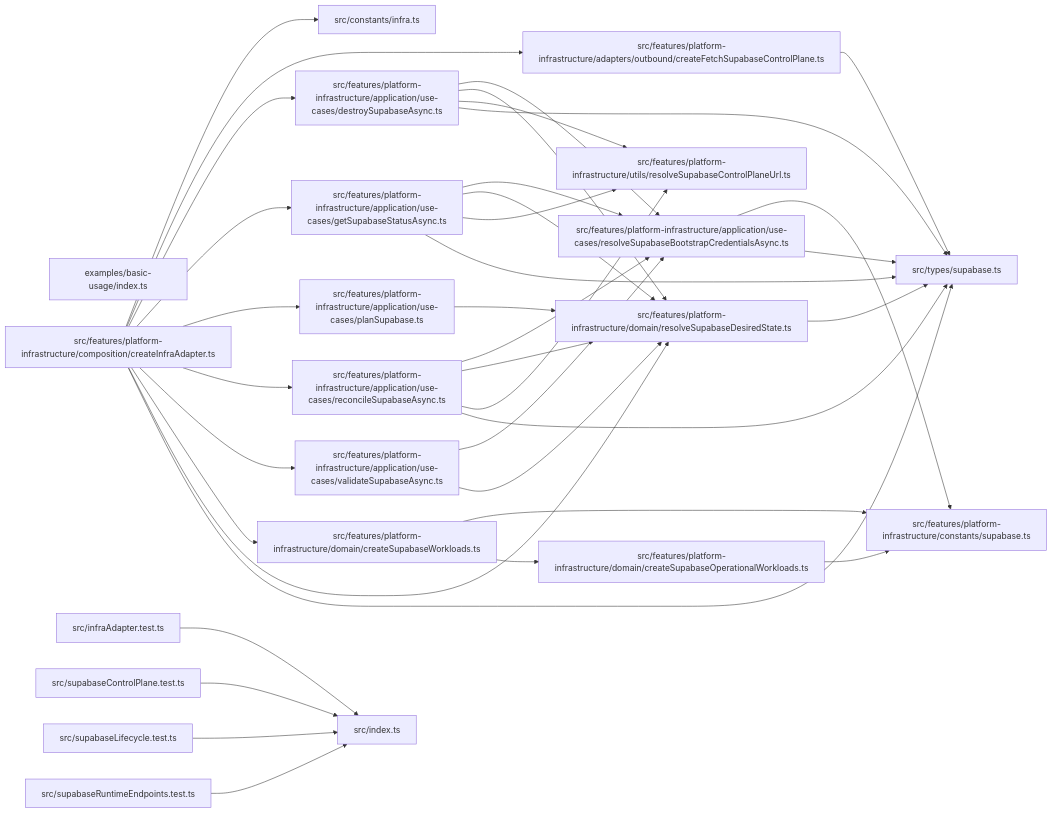
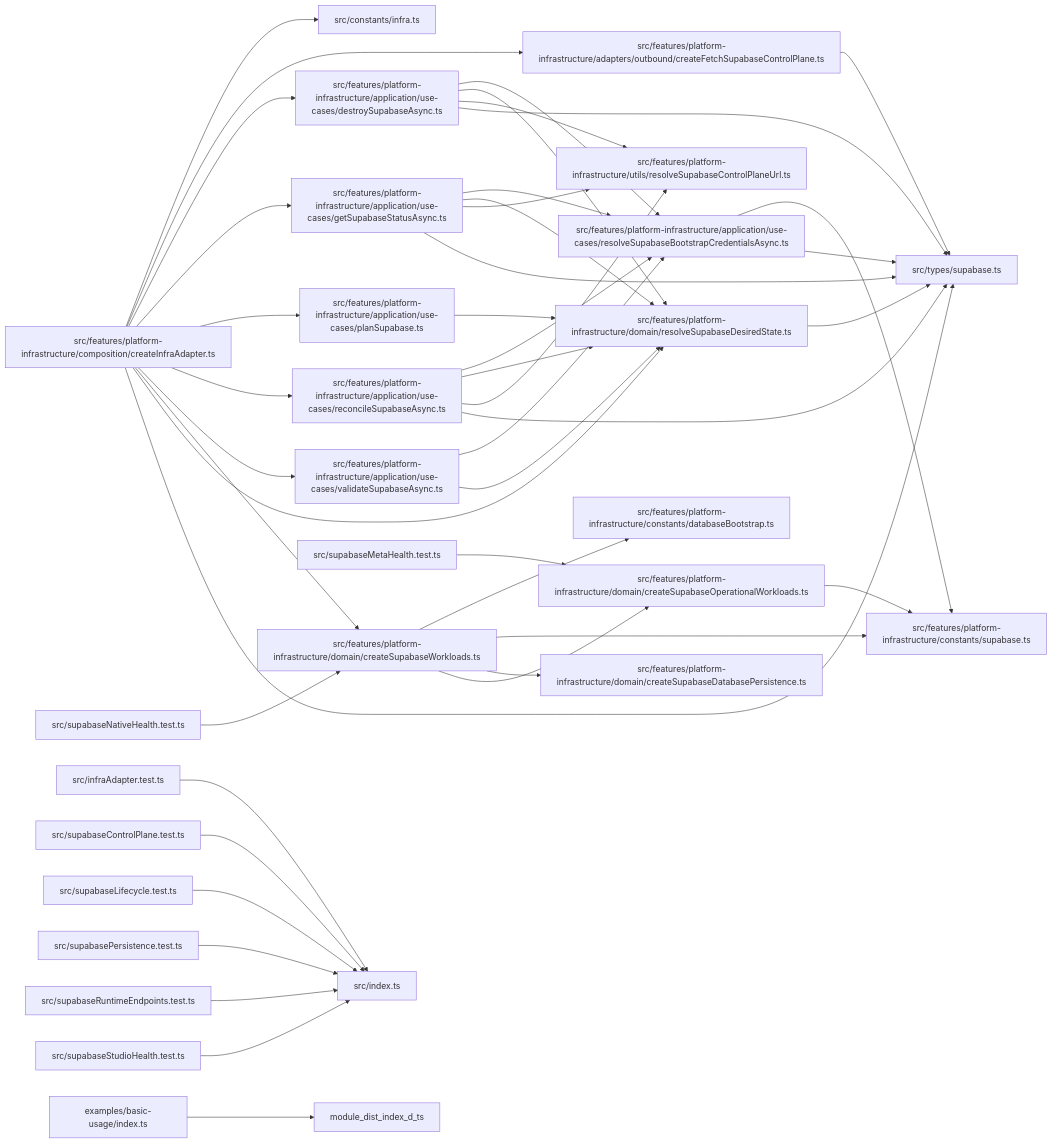
The diagram in paradox/diagrams/module-relationships.mmd (ankhorage/supabase), drawn with Mermaid before and after one commit. The commit also changed 11 other files, not shown here.

```diff
--- a/paradox/diagrams/module-relationships.mmd
+++ b/paradox/diagrams/module-relationships.mmd
@@ -1,58 +1,71 @@
 graph LR
   module_examples_basic_usage_index_ts["examples/basic-usage/index.ts"]
   module_src_constants_infra_ts["src/constants/infra.ts"]
   module_src_features_platform_infrastructure_adapters_outbound_createFetchSupabaseControlPlane_ts["src/features/platform-infrastructure/adapters/outbound/createFetchSupabaseControlPlane.ts"]
   module_src_features_platform_infrastructure_application_use_cases_destroySupabaseAsync_ts["src/features/platform-infrastructure/application/use-cases/destroySupabaseAsync.ts"]
   module_src_features_platform_infrastructure_application_use_cases_getSupabaseStatusAsync_ts["src/features/platform-infrastructure/application/use-cases/getSupabaseStatusAsync.ts"]
   module_src_features_platform_infrastructure_application_use_cases_planSupabase_ts["src/features/platform-infrastructure/application/use-cases/planSupabase.ts"]
   module_src_features_platform_infrastructure_application_use_cases_reconcileSupabaseAsync_ts["src/features/platform-infrastructure/application/use-cases/reconcileSupabaseAsync.ts"]
   module_src_features_platform_infrastructure_application_use_cases_resolveSupabaseBootstrapCredentialsAsync_ts["src/features/platform-infrastructure/application/use-cases/resolveSupabaseBootstrapCredentialsAsync.ts"]
   module_src_features_platform_infrastructure_application_use_cases_validateSupabaseAsync_ts["src/features/platform-infrastructure/application/use-cases/validateSupabaseAsync.ts"]
   module_src_features_platform_infrastructure_composition_createInfraAdapter_ts["src/features/platform-infrastructure/composition/createInfraAdapter.ts"]
+  module_src_features_platform_infrastructure_constants_databaseBootstrap_ts["src/features/platform-infrastructure/constants/databaseBootstrap.ts"]
   module_src_features_platform_infrastructure_constants_supabase_ts["src/features/platform-infrastructure/constants/supabase.ts"]
+  module_src_features_platform_infrastructure_domain_createSupabaseDatabasePersistence_ts["src/features/platform-infrastructure/domain/createSupabaseDatabasePersistence.ts"]
   module_src_features_platform_infrastructure_domain_createSupabaseOperationalWorkloads_ts["src/features/platform-infrastructure/domain/createSupabaseOperationalWorkloads.ts"]
   module_src_features_platform_infrastructure_domain_createSupabaseWorkloads_ts["src/features/platform-infrastructure/domain/createSupabaseWorkloads.ts"]
   module_src_features_platform_infrastructure_domain_resolveSupabaseDesiredState_ts["src/features/platform-infrastructure/domain/resolveSupabaseDesiredState.ts"]
   module_src_features_platform_infrastructure_utils_resolveSupabaseControlPlaneUrl_ts["src/features/platform-infrastructure/utils/resolveSupabaseControlPlaneUrl.ts"]
   module_src_index_ts["src/index.ts"]
   module_src_infraAdapter_test_ts["src/infraAdapter.test.ts"]
   module_src_supabaseControlPlane_test_ts["src/supabaseControlPlane.test.ts"]
   module_src_supabaseLifecycle_test_ts["src/supabaseLifecycle.test.ts"]
+  module_src_supabaseMetaHealth_test_ts["src/supabaseMetaHealth.test.ts"]
+  module_src_supabaseNativeHealth_test_ts["src/supabaseNativeHealth.test.ts"]
+  module_src_supabasePersistence_test_ts["src/supabasePersistence.test.ts"]
   module_src_supabaseRuntimeEndpoints_test_ts["src/supabaseRuntimeEndpoints.test.ts"]
+  module_src_supabaseStudioHealth_test_ts["src/supabaseStudioHealth.test.ts"]
   module_src_types_supabase_ts["src/types/supabase.ts"]
+  module_examples_basic_usage_index_ts --> module_dist_index_d_ts
   module_src_features_platform_infrastructure_adapters_outbound_createFetchSupabaseControlPlane_ts --> module_src_types_supabase_ts
   module_src_features_platform_infrastructure_application_use_cases_destroySupabaseAsync_ts --> module_src_features_platform_infrastructure_application_use_cases_resolveSupabaseBootstrapCredentialsAsync_ts
   module_src_features_platform_infrastructure_application_use_cases_destroySupabaseAsync_ts --> module_src_features_platform_infrastructure_domain_resolveSupabaseDesiredState_ts
   module_src_features_platform_infrastructure_application_use_cases_destroySupabaseAsync_ts --> module_src_features_platform_infrastructure_utils_resolveSupabaseControlPlaneUrl_ts
   module_src_features_platform_infrastructure_application_use_cases_destroySupabaseAsync_ts --> module_src_types_supabase_ts
   module_src_features_platform_infrastructure_application_use_cases_getSupabaseStatusAsync_ts --> module_src_features_platform_infrastructure_application_use_cases_resolveSupabaseBootstrapCredentialsAsync_ts
   module_src_features_platform_infrastructure_application_use_cases_getSupabaseStatusAsync_ts --> module_src_features_platform_infrastructure_domain_resolveSupabaseDesiredState_ts
   module_src_features_platform_infrastructure_application_use_cases_getSupabaseStatusAsync_ts --> module_src_features_platform_infrastructure_utils_resolveSupabaseControlPlaneUrl_ts
   module_src_features_platform_infrastructure_application_use_cases_getSupabaseStatusAsync_ts --> module_src_types_supabase_ts
   module_src_features_platform_infrastructure_application_use_cases_planSupabase_ts --> module_src_features_platform_infrastructure_domain_resolveSupabaseDesiredState_ts
   module_src_features_platform_infrastructure_application_use_cases_reconcileSupabaseAsync_ts --> module_src_features_platform_infrastructure_application_use_cases_resolveSupabaseBootstrapCredentialsAsync_ts
   module_src_features_platform_infrastructure_application_use_cases_reconcileSupabaseAsync_ts --> module_src_features_platform_infrastructure_domain_resolveSupabaseDesiredState_ts
   module_src_features_platform_infrastructure_application_use_cases_reconcileSupabaseAsync_ts --> module_src_features_platform_infrastructure_utils_resolveSupabaseControlPlaneUrl_ts
   module_src_features_platform_infrastructure_application_use_cases_reconcileSupabaseAsync_ts --> module_src_types_supabase_ts
   module_src_features_platform_infrastructure_application_use_cases_resolveSupabaseBootstrapCredentialsAsync_ts --> module_src_features_platform_infrastructure_constants_supabase_ts
   module_src_features_platform_infrastructure_application_use_cases_resolveSupabaseBootstrapCredentialsAsync_ts --> module_src_types_supabase_ts
   module_src_features_platform_infrastructure_application_use_cases_validateSupabaseAsync_ts --> module_src_features_platform_infrastructure_application_use_cases_resolveSupabaseBootstrapCredentialsAsync_ts
   module_src_features_platform_infrastructure_application_use_cases_validateSupabaseAsync_ts --> module_src_features_platform_infrastructure_domain_resolveSupabaseDesiredState_ts
   module_src_features_platform_infrastructure_composition_createInfraAdapter_ts --> module_src_constants_infra_ts
   module_src_features_platform_infrastructure_composition_createInfraAdapter_ts --> module_src_features_platform_infrastructure_adapters_outbound_createFetchSupabaseControlPlane_ts
   module_src_features_platform_infrastructure_composition_createInfraAdapter_ts --> module_src_features_platform_infrastructure_application_use_cases_destroySupabaseAsync_ts
   module_src_features_platform_infrastructure_composition_createInfraAdapter_ts --> module_src_features_platform_infrastructure_application_use_cases_getSupabaseStatusAsync_ts
   module_src_features_platform_infrastructure_composition_createInfraAdapter_ts --> module_src_features_platform_infrastructure_application_use_cases_planSupabase_ts
   module_src_features_platform_infrastructure_composition_createInfraAdapter_ts --> module_src_features_platform_infrastructure_application_use_cases_reconcileSupabaseAsync_ts
   module_src_features_platform_infrastructure_composition_createInfraAdapter_ts --> module_src_features_platform_infrastructure_application_use_cases_validateSupabaseAsync_ts
   module_src_features_platform_infrastructure_composition_createInfraAdapter_ts --> module_src_features_platform_infrastructure_domain_createSupabaseWorkloads_ts
   module_src_features_platform_infrastructure_composition_createInfraAdapter_ts --> module_src_features_platform_infrastructure_domain_resolveSupabaseDesiredState_ts
   module_src_features_platform_infrastructure_composition_createInfraAdapter_ts --> module_src_types_supabase_ts
   module_src_features_platform_infrastructure_domain_createSupabaseOperationalWorkloads_ts --> module_src_features_platform_infrastructure_constants_supabase_ts
+  module_src_features_platform_infrastructure_domain_createSupabaseWorkloads_ts --> module_src_features_platform_infrastructure_constants_databaseBootstrap_ts
   module_src_features_platform_infrastructure_domain_createSupabaseWorkloads_ts --> module_src_features_platform_infrastructure_constants_supabase_ts
+  module_src_features_platform_infrastructure_domain_createSupabaseWorkloads_ts --> module_src_features_platform_infrastructure_domain_createSupabaseDatabasePersistence_ts
   module_src_features_platform_infrastructure_domain_createSupabaseWorkloads_ts --> module_src_features_platform_infrastructure_domain_createSupabaseOperationalWorkloads_ts
   module_src_features_platform_infrastructure_domain_resolveSupabaseDesiredState_ts --> module_src_types_supabase_ts
   module_src_infraAdapter_test_ts --> module_src_index_ts
   module_src_supabaseControlPlane_test_ts --> module_src_index_ts
   module_src_supabaseLifecycle_test_ts --> module_src_index_ts
+  module_src_supabaseMetaHealth_test_ts --> module_src_features_platform_infrastructure_domain_createSupabaseOperationalWorkloads_ts
+  module_src_supabaseNativeHealth_test_ts --> module_src_features_platform_infrastructure_domain_createSupabaseWorkloads_ts
+  module_src_supabasePersistence_test_ts --> module_src_index_ts
   module_src_supabaseRuntimeEndpoints_test_ts --> module_src_index_ts
+  module_src_supabaseStudioHealth_test_ts --> module_src_index_ts
```
